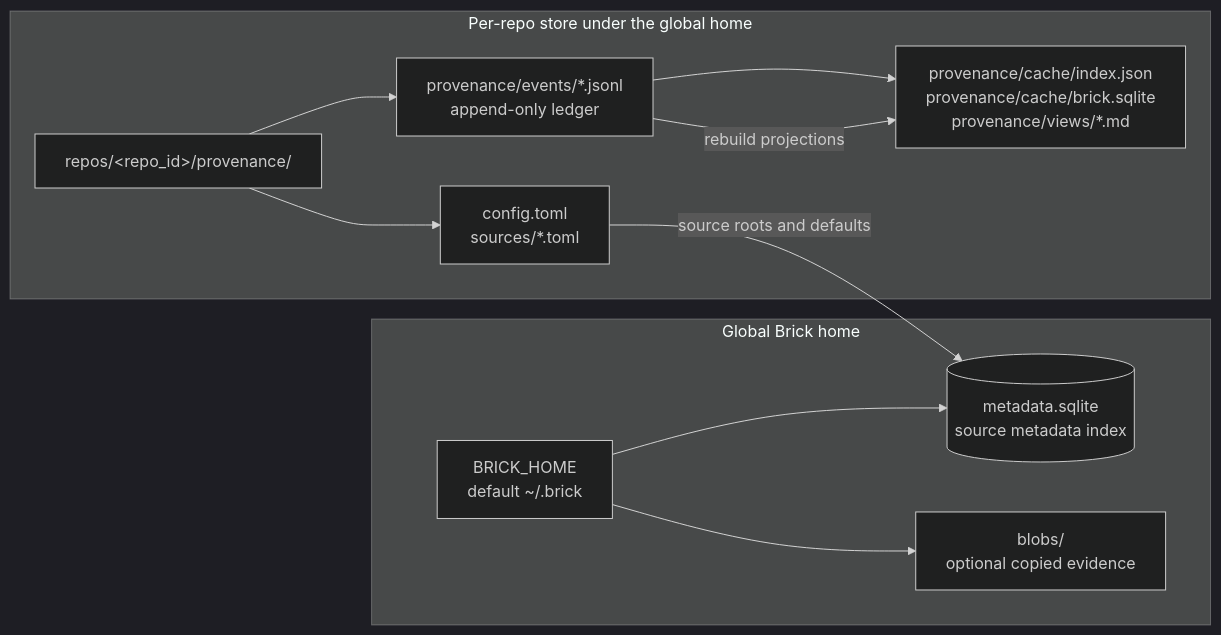
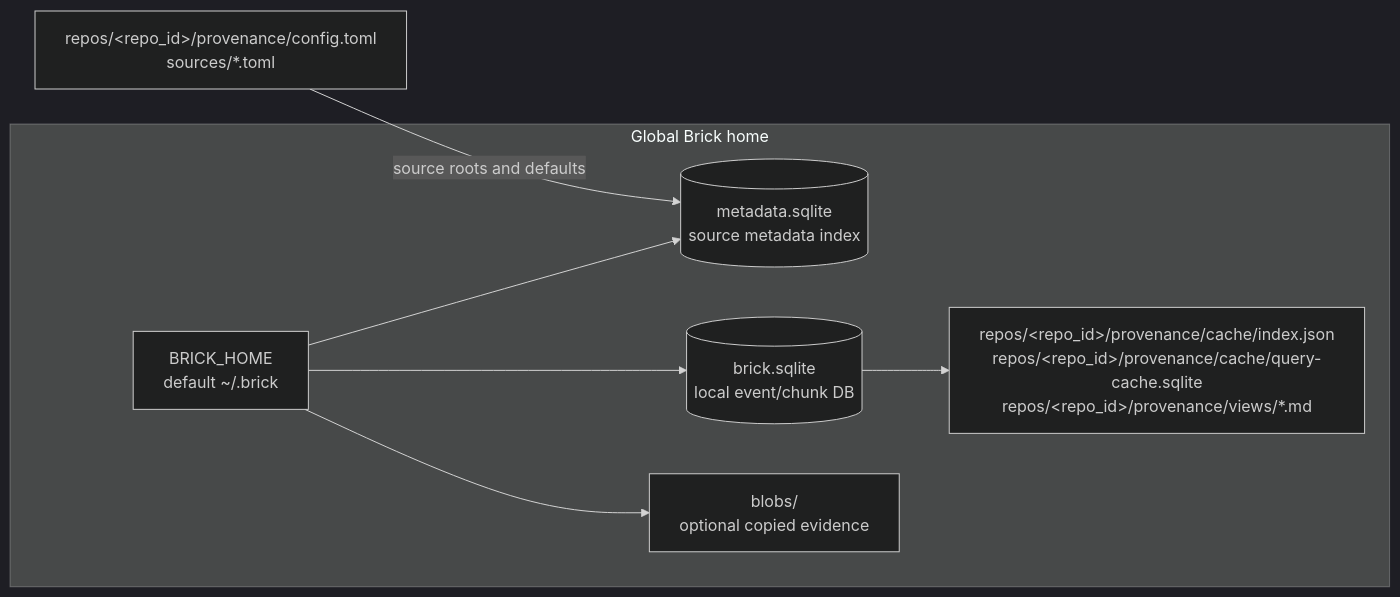
One commit to yorgai/org-trace changed the second of 5 diagrams in docs/architecture/architecture.md. Above: the diagram before and after it, drawn with Mermaid (dark theme). The commit also changed other lines of this file and 17 other files, not shown here.

````diff
--- a/docs/architecture/architecture.md
+++ b/docs/architecture/architecture.md
@@ -46,23 +46,16 @@
 ```mermaid
 flowchart LR
     subgraph Global[Global Brick home]
         Home[BRICK_HOME<br/>default ~/.brick]
         Metadata[(metadata.sqlite<br/>source metadata index)]
+        EventDB[(brick.sqlite<br/>local event/chunk DB)]
         OptionalBlobs[blobs/<sha256><br/>optional copied evidence]
+        Query[repos/&lt;repo_id&gt;/provenance/cache/index.json<br/>repos/&lt;repo_id&gt;/provenance/cache/query-cache.sqlite<br/>repos/&lt;repo_id&gt;/provenance/views/*.md]
         Home --> Metadata
+        Home --> EventDB
         Home --> OptionalBlobs
+        EventDB --> Query
     end
 
-    subgraph Repo[Per-repo store under the global home]
-        DotBrick["repos/&lt;repo_id&gt;/provenance/"]
-        Config[config.toml<br/>sources/*.toml]
-        Events[provenance/events/*.jsonl<br/>append-only ledger]
-        Query[provenance/cache/index.json<br/>provenance/cache/brick.sqlite<br/>provenance/views/*.md]
-        DotBrick --> Config
-        DotBrick --> Events
-        Events --> Query
-    end
-
-    Config -->|source roots and defaults| Metadata
-    Events -->|rebuild projections| Query
+    Config[repos/&lt;repo_id&gt;/provenance/config.toml<br/>sources/*.toml] -->|source roots and defaults| Metadata
 ```
````
